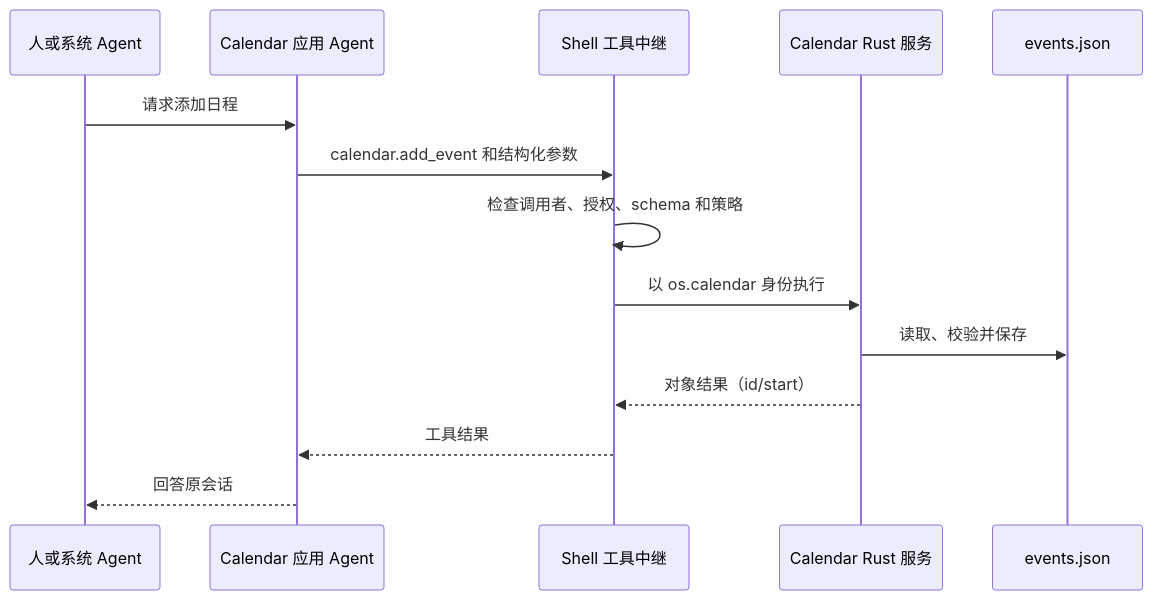
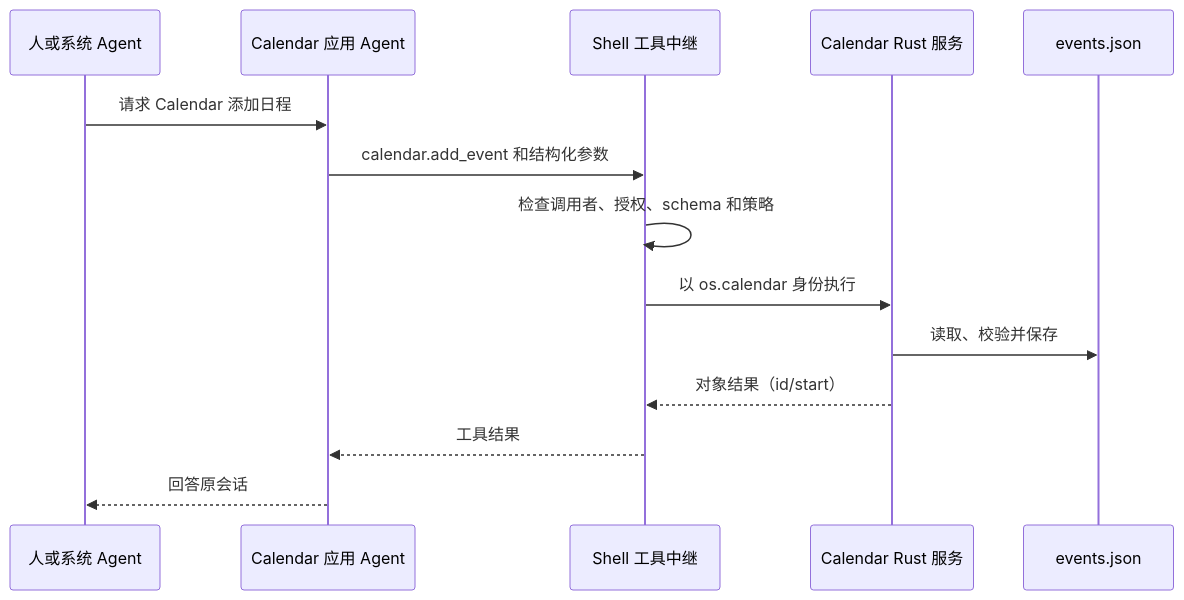
One commit to OctoSense-org/OctoSense changed the diagram in desktop/docs/code-walkthrough.zh-CN.md. Above: the diagram before and after it, drawn with Mermaid. The commit also changed other lines of this file and 29 other files, not shown here.

Commit message:
docs: resolve architecture review and correct unsupported tool guidance

````diff
--- a/desktop/docs/code-walkthrough.zh-CN.md
+++ b/desktop/docs/code-walkthrough.zh-CN.md
@@ -80,16 +114,16 @@
 ```mermaid
 sequenceDiagram
     participant H as 人或系统 Agent
     participant A as Calendar 应用 Agent
     participant R as Shell 工具中继
     participant C as Calendar Rust 服务
     participant D as events.json
-    H->>A: 请求添加日程
+    H->>A: 请求 Calendar 添加日程
     A->>R: calendar.add_event 和结构化参数
     R->>R: 检查调用者、授权、schema 和策略
     R->>C: 以 os.calendar 身份执行
     C->>D: 读取、校验并保存
     C-->>R: 对象结果（id/start）
     R-->>A: 工具结果
     A-->>H: 回答原会话
 ```
````
